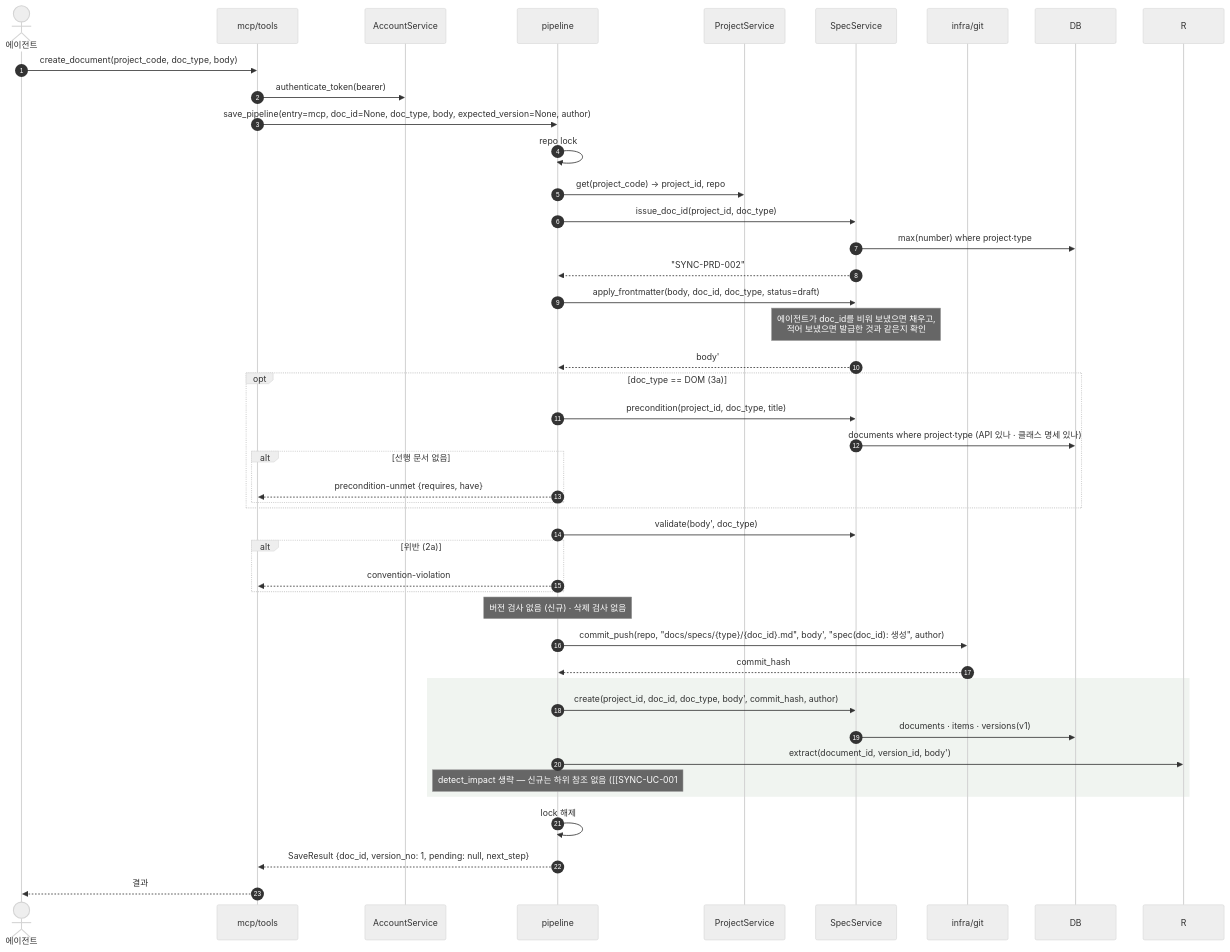
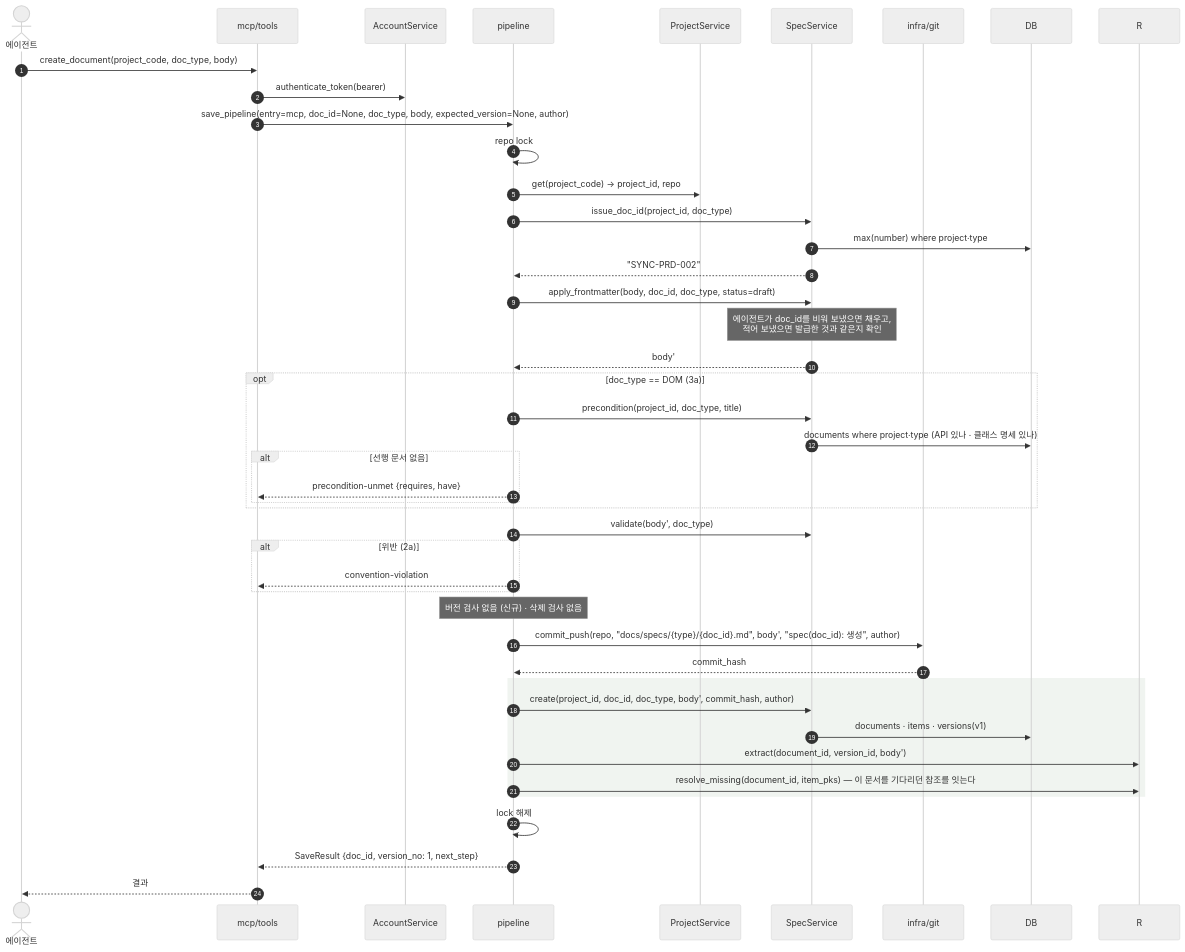
Diagram 15 of 22 in docs/specs/09-SEQ/SYNC-SEQ-001.md (HoyoungParkme/syncdoc), drawn with Mermaid (neutral theme) before and after one commit. The commit also changed other lines of this file and 100 other files, not shown here.

````diff
--- a/docs/specs/09-SEQ/SYNC-SEQ-001.md
+++ b/docs/specs/09-SEQ/SYNC-SEQ-001.md
@@ -965,47 +725,47 @@
 ```mermaid
 sequenceDiagram
     autonumber
     actor A as 에이전트
     participant T as mcp/tools
     participant AC as AccountService
     participant P as pipeline
     participant PS as ProjectService
     participant S as SpecService
     participant G as infra/git
     participant DB
 
     A->>T: create_document(project_code, doc_type, body)
     T->>AC: authenticate_token(bearer)
     T->>P: save_pipeline(entry=mcp, doc_id=None, doc_type, body, expected_version=None, author)
     P->>P: repo lock
     P->>PS: get(project_code) → project_id, repo
     P->>S: issue_doc_id(project_id, doc_type)
     S->>DB: max(number) where project·type
     S-->>P: "SYNC-PRD-002"
     P->>S: apply_frontmatter(body, doc_id, doc_type, status=draft)
     Note over S: 에이전트가 doc_id를 비워 보냈으면 채우고,<br/>적어 보냈으면 발급한 것과 같은지 확인
     S-->>P: body'
     opt doc_type == DOM (3a)
         P->>S: precondition(project_id, doc_type, title)
         S->>DB: documents where project·type (API 있나 · 클래스 명세 있나)
         alt 선행 문서 없음
             P-->>T: precondition-unmet {requires, have}
         end
     end
     P->>S: validate(body', doc_type)
     alt 위반 (2a)
         P-->>T: convention-violation
     end
     Note over P: 버전 검사 없음 (신규) · 삭제 검사 없음
     P->>G: commit_push(repo, "docs/specs/{type}/{doc_id}.md", body', "spec(doc_id): 생성", author)
     G-->>P: commit_hash
     rect rgb(240,244,240)
         P->>S: create(project_id, doc_id, doc_type, body', commit_hash, author)
         S->>DB: documents · items · versions(v1)
         P->>R: extract(document_id, version_id, body')
-        Note over P: detect_impact 생략 — 신규는 하위 참조 없음 ([[SYNC-UC-001#UC-S3]] 1a)
+        P->>R: resolve_missing(document_id, item_pks) — 이 문서를 기다리던 참조를 잇는다
     end
     P->>P: lock 해제
-    P-->>T: SaveResult {doc_id, version_no: 1, pending: null, next_step}
+    P-->>T: SaveResult {doc_id, version_no: 1, next_step}
     T-->>A: 결과
 ```
````
